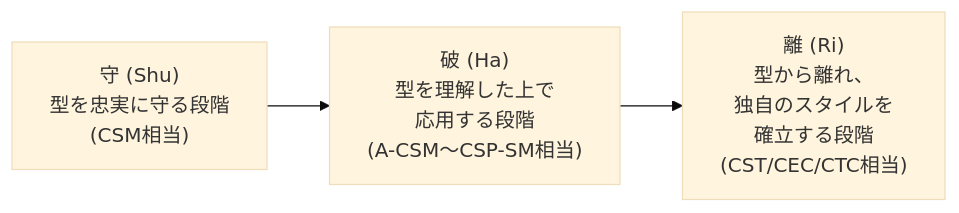
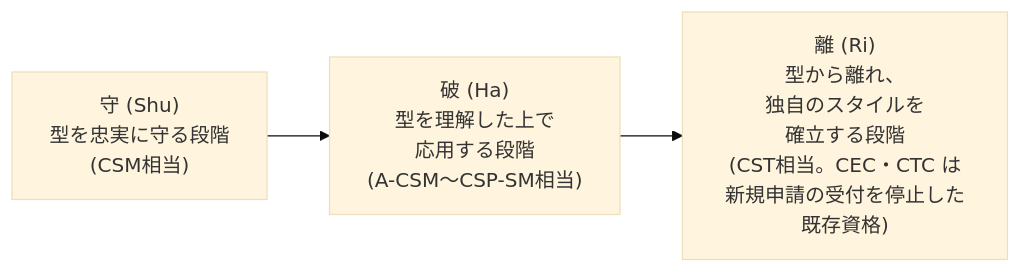
Before and after one commit to myoshi2891/Management-Team-Building-Studies: diagram 15 of 15 in Csp-sm-certified-scrum-professional-scrummaster-study-guide.md, drawn with Mermaid (base theme). The commit also changed other lines of this file, not shown here.

Commit message:
docs(csp-sm): clarify A-CSM prerequisites and CTC/CEC application status

````diff
--- a/Csp-sm-certified-scrum-professional-scrummaster-study-guide.md
+++ b/Csp-sm-certified-scrum-professional-scrummaster-study-guide.md
@@ -643,5 +643,5 @@
 ```mermaid
 flowchart LR
     Shu["守 (Shu)<br/>型を忠実に守る段階<br/>(CSM相当)"] --> Ha["破 (Ha)<br/>型を理解した上で<br/>応用する段階<br/>(A-CSM〜CSP-SM相当)"]
-    Ha --> Ri["離 (Ri)<br/>型から離れ、<br/>独自のスタイルを<br/>確立する段階<br/>(CST/CEC/CTC相当)"]
+    Ha --> Ri["離 (Ri)<br/>型から離れ、<br/>独自のスタイルを<br/>確立する段階<br/>(CST相当。CEC・CTC は<br/>新規申請の受付を停止した既存資格)"]
 ```
````
